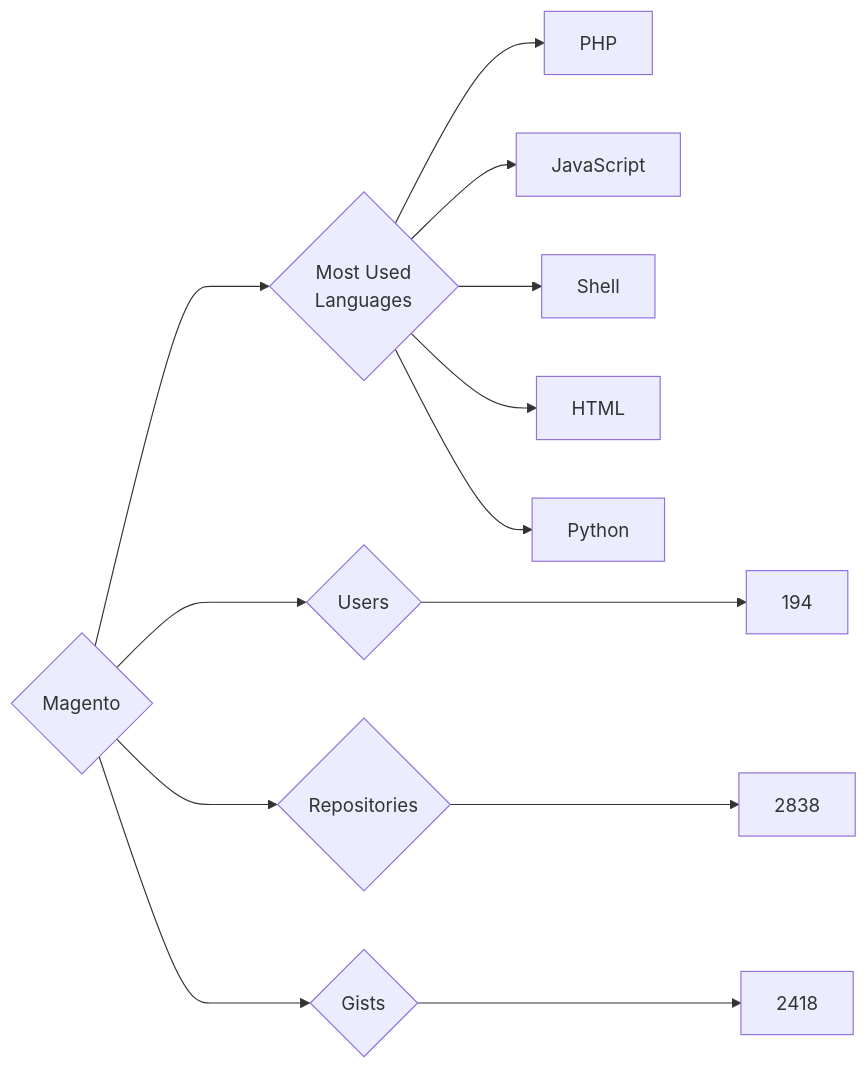
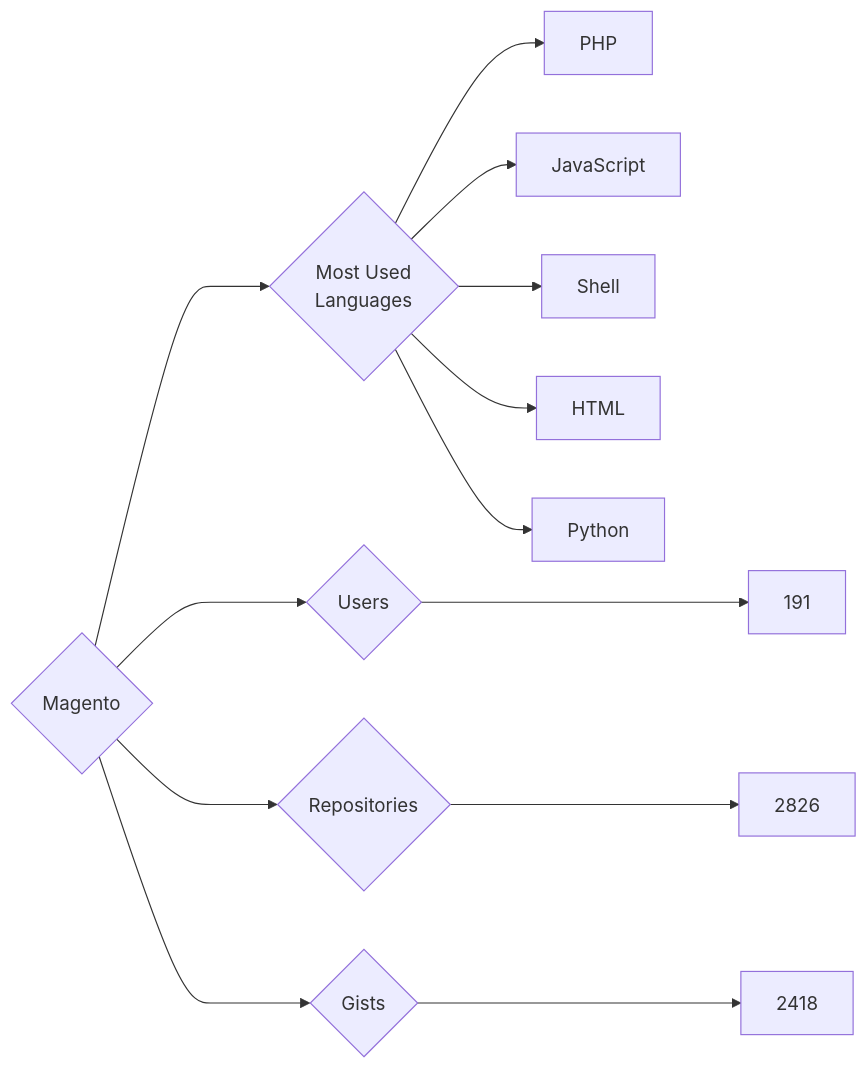
The diagram in targets/Magento/README.md (trickest/insiders), drawn with Mermaid before and after one commit. The commit also changed 757 other files, not shown here.

````diff
--- a/targets/Magento/README.md
+++ b/targets/Magento/README.md
@@ -3,13 +3,13 @@
 ```mermaid
 graph LR
 COMPANY_NAME{Magento}
-COMPANY_NAME ---> U{Users} ---> UN[194]
-COMPANY_NAME ---> R{Repositories} ---> RN[2838]
+COMPANY_NAME ---> U{Users} ---> UN[191]
+COMPANY_NAME ---> R{Repositories} ---> RN[2826]
 COMPANY_NAME ---> G{Gists} ---> GN[2418]
 COMPANY_NAME ---> ML{Most Used<br>Languages}
 ML --> PHP[PHP]
 ML --> JavaScript[JavaScript]
 ML --> Shell[Shell]
 ML --> HTML[HTML]
 ML --> Python[Python]
 ```
````
